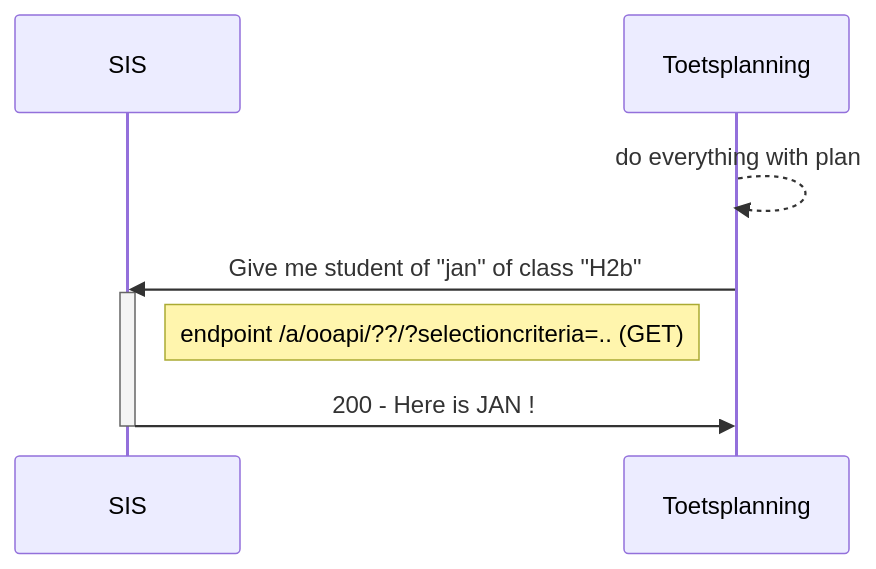
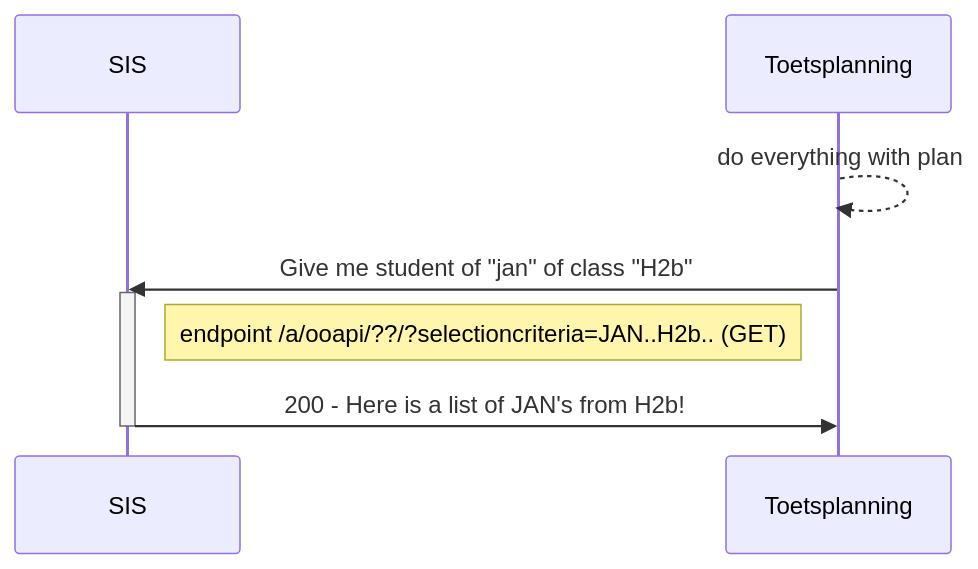
Before and after one commit to NetwerkExamineringDigitalisering/NED-OOAPI: the fourth of 4 diagrams in doc/flow1.md, drawn with Mermaid.

````diff
--- a/doc/flow1.md
+++ b/doc/flow1.md
@@ -126,12 +126,12 @@
 ```mermaid
 
 sequenceDiagram
     participant SIS
     participant Toetsplanning
     Toetsplanning-->>Toetsplanning: do everything with plan
     Toetsplanning->>SIS : Give me student of "jan" of class "H2b"
     activate SIS
-    Note right of SIS: endpoint /a/ooapi/??/?selectioncriteria=.. (GET)
-    SIS->>Toetsplanning : 200 - Here is JAN !
+    Note right of SIS: endpoint /a/ooapi/??/?selectioncriteria=JAN..H2b.. (GET)
+    SIS->>Toetsplanning : 200 - Here is a list of JAN's from H2b!
     deactivate SIS
 ```
````
